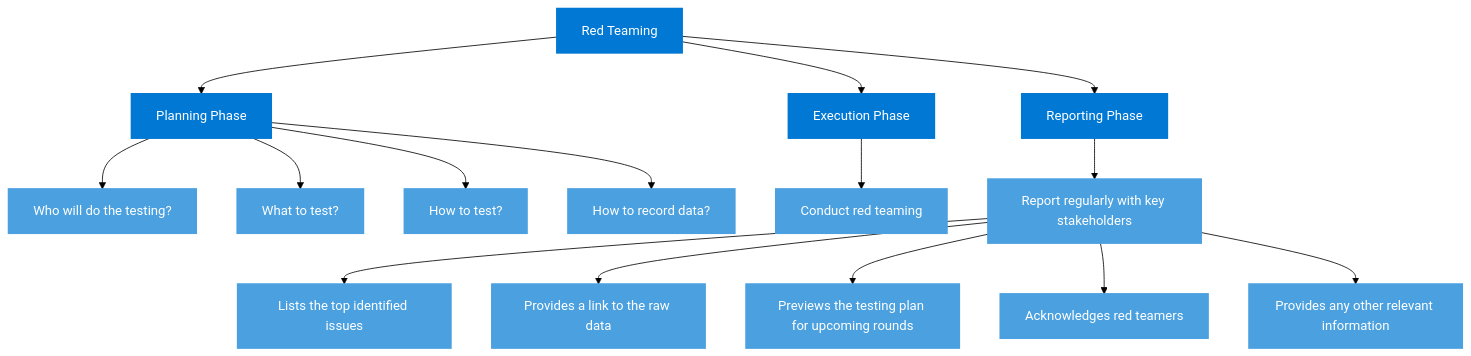
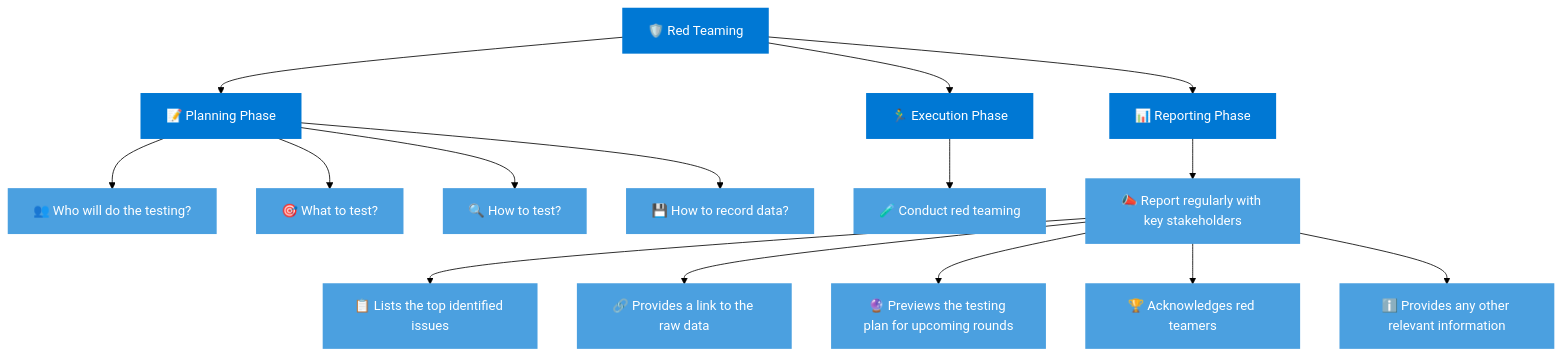
The fourth of 5 diagrams in Azure Cosmos DB Copilot.md (AaronCWacker/AzureModels4AI), drawn with Mermaid (forest theme) before and after one commit. The commit also changed other lines of this file, not shown here.

````diff
--- a/Azure Cosmos DB Copilot.md
+++ b/Azure Cosmos DB Copilot.md
@@ -63,44 +59,42 @@
 ```mermaid
 graph TD
-    A[Red Teaming]
+    A[🛡️ Red Teaming]
     
-    B[Planning Phase]
-    B1[Who will do the testing?]
-    B2[What to test?]
-    B3[How to test?]
-    B4[How to record data?]
+    B[📝 Planning Phase]
+    B1[👥 Who will do the testing?]
+    B2[🎯 What to test?]
+    B3[🔍 How to test?]
+    B4[💾 How to record data?]
     
-    C[Execution Phase]
-    C1[Conduct red teaming]
+    C[🏃‍♂️ Execution Phase]
+    C1[🧪 Conduct red teaming]
     
-    D[Reporting Phase]
-    D1[Report regularly with key stakeholders]
-    D2[Lists the top identified issues]
-    D3[Provides a link to the raw data]
-    D4[Previews the testing plan for upcoming rounds]
-    D5[Acknowledges red teamers]
-    D6[Provides any other relevant information]
-
+    D[📊 Reporting Phase]
+    D1[📣 Report regularly with key stakeholders]
+    D2[📋 Lists the top identified issues]
+    D3[🔗 Provides a link to the raw data]
+    D4[🔮 Previews the testing plan for upcoming rounds]
+    D5[🏆 Acknowledges red teamers]
+    D6[ℹ️ Provides any other relevant information]
     A --> B
     A --> C
     A --> D
     
     B --> B1
     B --> B2
     B --> B3
     B --> B4
     
     C --> C1
     
     D --> D1
     D1 --> D2
     D1 --> D3
     D1 --> D4
     D1 --> D5
     D1 --> D6
-
     classDef default fill:#0078D4,color:#ffffff,stroke:#0078D4,stroke-width:2px;
     class A,B,C,D default;
     classDef subnode fill:#4BA0E0,color:#ffffff,stroke:#4BA0E0,stroke-width:2px;
     class B1,B2,B3,B4,C1,D1,D2,D3,D4,D5,D6 subnode;
 ```
````
